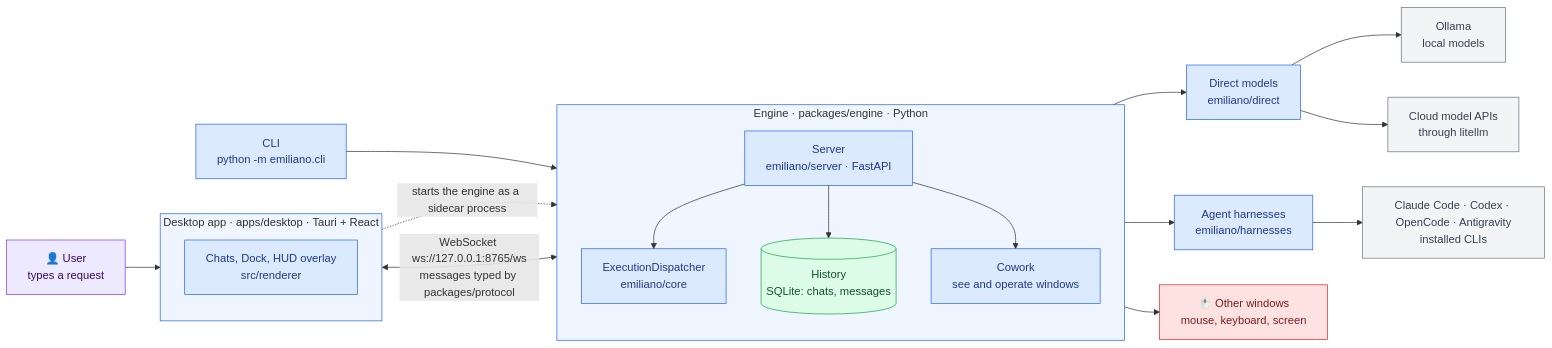
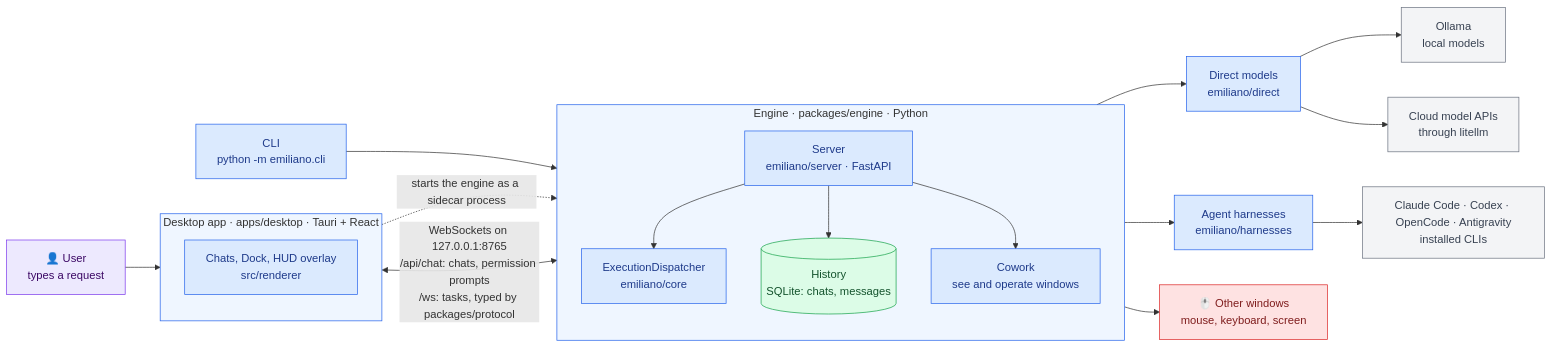
One commit to luisenriquecgongora/emiliano changed the first of 5 diagrams in docs/ARCHITECTURE.md. Above: the diagram before and after it, drawn with Mermaid. The commit also changed other lines of this file, not shown here.

````diff
--- a/docs/ARCHITECTURE.md
+++ b/docs/ARCHITECTURE.md
@@ -24,40 +24,40 @@
 ```mermaid
 flowchart LR
     user["👤 User<br/>types a request"] --> desktop
     subgraph desktop["Desktop app · apps/desktop · Tauri + React"]
         direction TB
         ui["Chats, Dock, HUD overlay<br/>src/renderer"]
     end
     desktop -.->|starts the engine as a sidecar process| engine
-    desktop <-->|"WebSocket ws://127.0.0.1:8765/ws<br/>messages typed by packages/protocol"| server
+    desktop <-->|"WebSockets on 127.0.0.1:8765<br/>/api/chat: chats, permission prompts<br/>/ws: tasks, typed by packages/protocol"| server
     subgraph engine["Engine · packages/engine · Python"]
         direction TB
         server["Server<br/>emiliano/server · FastAPI"]
         disp["ExecutionDispatcher<br/>emiliano/core"]
         hist[("History<br/>SQLite: chats, messages")]
         cowork["Cowork<br/>see and operate windows"]
         server --> disp
         server --> hist
         server --> cowork
     end
     disp --> direct["Direct models<br/>emiliano/direct"]
     disp --> harn["Agent harnesses<br/>emiliano/harnesses"]
     direct --> ollama["Ollama<br/>local models"]
     direct --> apis["Cloud model APIs<br/>through litellm"]
     harn --> agents["Claude Code · Codex · OpenCode · Antigravity<br/>installed CLIs"]
     cowork --> screen["🖱️ Other windows<br/>mouse, keyboard, screen"]
     cli["CLI<br/>python -m emiliano.cli"] --> disp
 
     classDef input fill:#ede9fe,stroke:#7c3aed,color:#3b0764
     classDef ours fill:#dbeafe,stroke:#2563eb,color:#1e3a8a
     classDef output fill:#dcfce7,stroke:#16a34a,color:#14532d
     classDef external fill:#f3f4f6,stroke:#6b7280,color:#374151
     classDef risk fill:#fee2e2,stroke:#dc2626,color:#7f1d1d
     class user input
     class ui,server,disp,cowork,direct,harn,cli ours
     class hist output
     class ollama,apis,agents external
     class screen risk
     style desktop fill:#eff6ff,stroke:#2563eb
     style engine fill:#eff6ff,stroke:#2563eb
 ```
````
